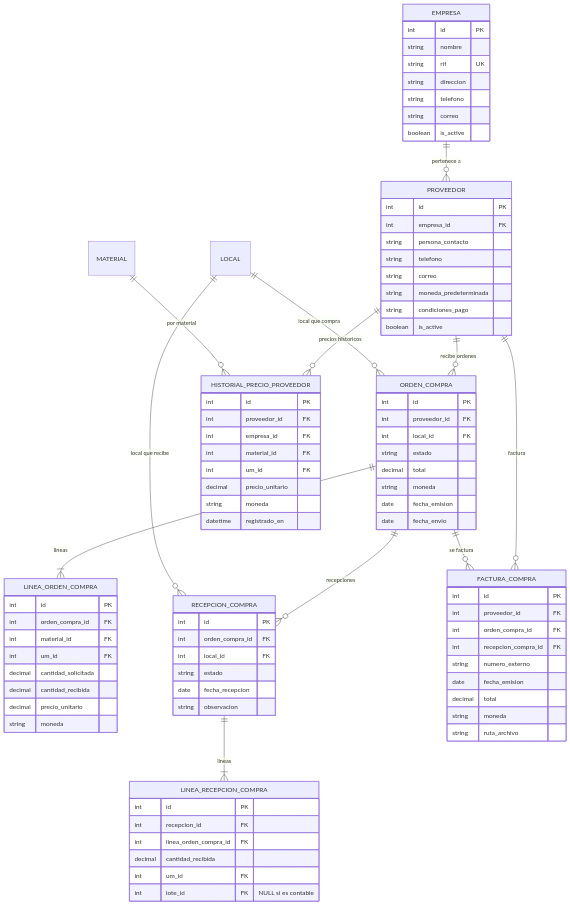
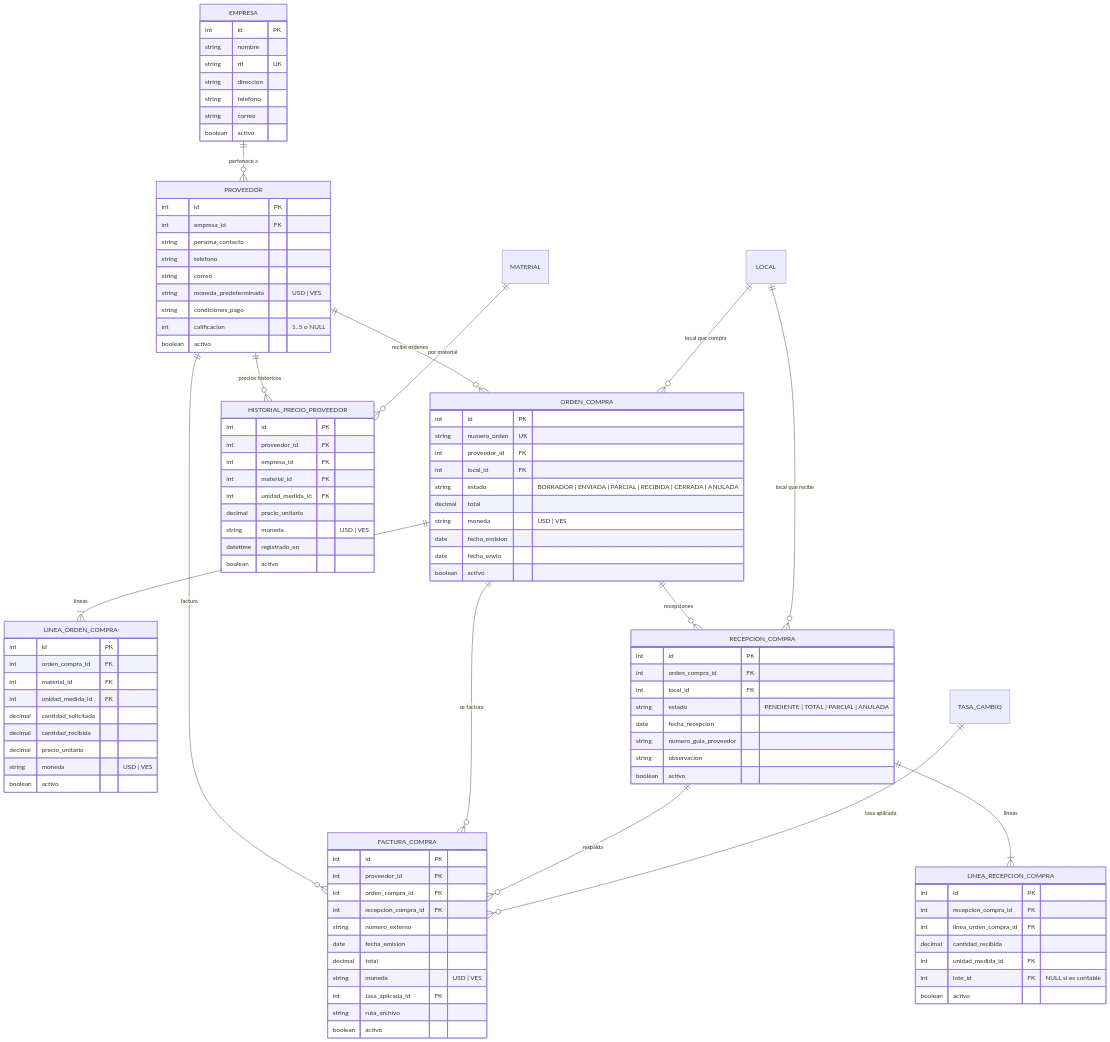
Before and after one commit to Enrrill/DLL-Sulimados---Core: the diagram in docs/modelo-datos/06.5-compras.md, drawn with Mermaid. The commit also changed other lines of this file and 27 other files, not shown here.

````diff
--- a/docs/modelo-datos/06.5-compras.md
+++ b/docs/modelo-datos/06.5-compras.md
@@ -27,7 +28,7 @@
         string direccion
         string telefono
         string correo
-        boolean is_active
+        boolean activo
     }
     PROVEEDOR {
         int id PK
@@ -35,32 +36,36 @@
         string persona_contacto
         string telefono
         string correo
-        string moneda_predeterminada
+        string moneda_predeterminada "USD | VES"
         string condiciones_pago
-        boolean is_active
+        int calificacion "1..5 o NULL"
+        boolean activo
     }
     PROVEEDOR ||--o{ ORDEN_COMPRA : "recibe ordenes"
     LOCAL ||--o{ ORDEN_COMPRA : "local que compra"
     ORDEN_COMPRA {
         int id PK
+        string numero_orden UK
         int proveedor_id FK
         int local_id FK
-        string estado
+        string estado "BORRADOR | ENVIADA | PARCIAL | RECIBIDA | CERRADA | ANULADA"
         decimal total
-        string moneda
+        string moneda "USD | VES"
         date fecha_emision
         date fecha_envio
+        boolean activo
     }
     ORDEN_COMPRA ||--|{ LINEA_ORDEN_COMPRA : "lineas"
     LINEA_ORDEN_COMPRA {
         int id PK
         int orden_compra_id FK
         int material_id FK
-        int um_id FK
+        int unidad_medida_id FK
         decimal cantidad_solicitada
         decimal cantidad_recibida
         decimal precio_unitario
-        string moneda
+        string moneda "USD | VES"
+        boolean activo
     }
     ORDEN_COMPRA ||--o{ RECEPCION_COMPRA : "recepciones"
     LOCAL ||--o{ RECEPCION_COMPRA : "local que recibe"
@@ -68,21 +73,26 @@
         int id PK
         int orden_compra_id FK
         int local_id FK
-        string estado
+        string estado "PENDIENTE | TOTAL | PARCIAL | ANULADA"
         date fecha_recepcion
+        string numero_guia_proveedor
         string observacion
+        boolean activo
     }
     RECEPCION_COMPRA ||--|{ LINEA_RECEPCION_COMPRA : "lineas"
     LINEA_RECEPCION_COMPRA {
         int id PK
-        int recepcion_id FK
+        int recepcion_compra_id FK
         int linea_orden_compra_id FK
         decimal cantidad_recibida
-        int um_id FK
+        int unidad_medida_id FK
         int lote_id FK "NULL si es contable"
+        boolean activo
     }
     PROVEEDOR ||--o{ FACTURA_COMPRA : "factura"
     ORDEN_COMPRA ||--o{ FACTURA_COMPRA : "se factura"
+    RECEPCION_COMPRA ||--o{ FACTURA_COMPRA : "respalda"
+    TASA_CAMBIO ||--o{ FACTURA_COMPRA : "tasa aplicada"
     FACTURA_COMPRA {
         int id PK
         int proveedor_id FK
@@ -91,8 +101,10 @@
         string numero_externo
         date fecha_emision
         decimal total
-        string moneda
+        string moneda "USD | VES"
+        int tasa_aplicada_id FK
         string ruta_archivo
+        boolean activo
     }
     PROVEEDOR ||--o{ HISTORIAL_PRECIO_PROVEEDOR : "precios historicos"
     MATERIAL ||--o{ HISTORIAL_PRECIO_PROVEEDOR : "por material"
@@ -101,9 +113,10 @@
         int proveedor_id FK
         int empresa_id FK
         int material_id FK
-        int um_id FK
+        int unidad_medida_id FK
         decimal precio_unitario
-        string moneda
+        string moneda "USD | VES"
         datetime registrado_en
+        boolean activo
     }
 ```
````
